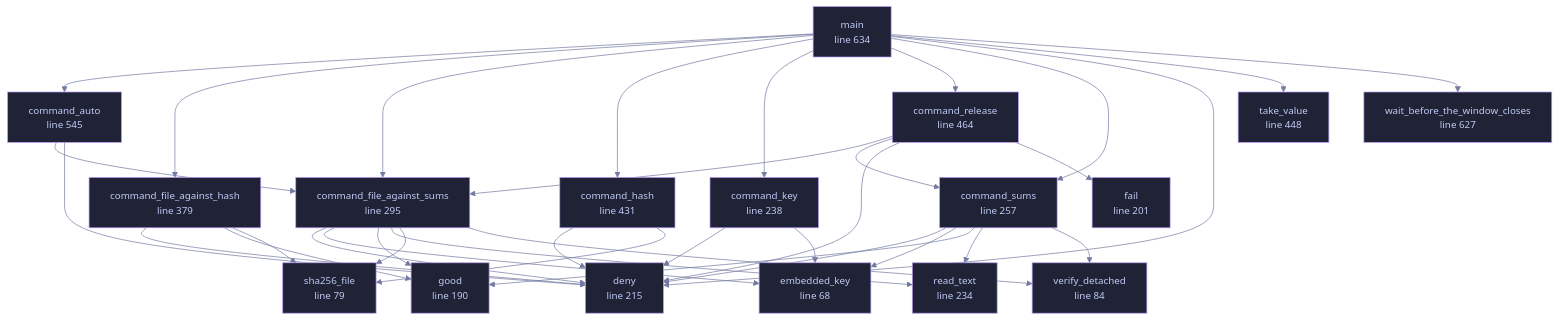
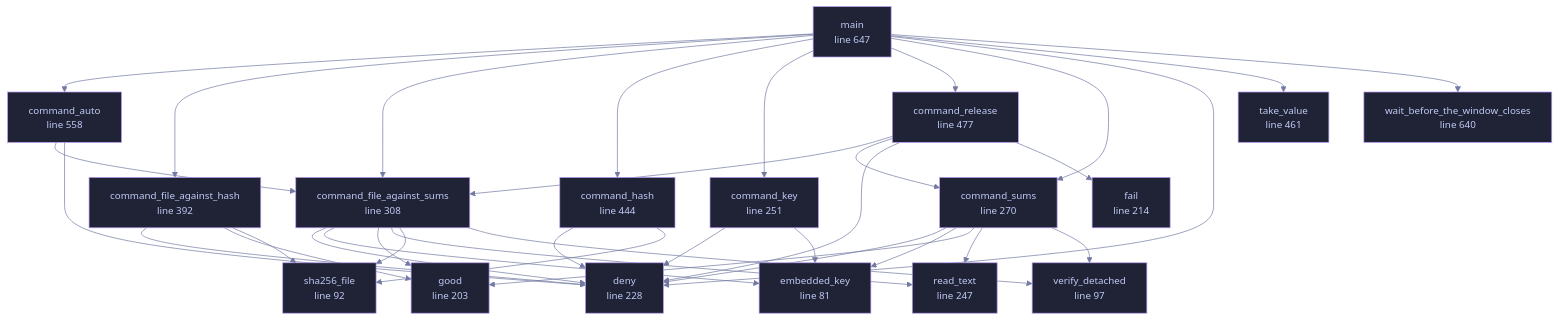
The diagram in docs/files/veilvoice-verify/main.md (tilas01/veilvoice), drawn with Mermaid before and after one commit. The commit also changed other lines of this file and 182 other files, not shown here.

````diff
--- a/docs/files/veilvoice-verify/main.md
+++ b/docs/files/veilvoice-verify/main.md
@@ -85,74 +99,74 @@
 ```mermaid
 %%{init: {"theme":"base","themeVariables":{"background":"#1a1b26","primaryColor":"#1f2335","primaryTextColor":"#c0caf5","primaryBorderColor":"#7aa2f7","secondaryColor":"#16161e","tertiaryColor":"#16161e","lineColor":"#737aa2","textColor":"#c0caf5","mainBkg":"#1f2335","nodeBorder":"#7aa2f7","clusterBkg":"#16161e","clusterBorder":"#2f3549","fontFamily":"ui-monospace, SFMono-Regular, Consolas, monospace","fontSize":"14px"}}}%%
 flowchart TD
-    n_embedded_key["embedded_key<br/>line 68"]
-    n_sha256_file["sha256_file<br/>line 79"]
-    n_verify_detached["verify_detached<br/>line 84"]
-    n_good["good<br/>line 190"]
-    n_fail["fail<br/>line 201"]
-    n_deny["deny<br/>line 215"]
-    n_read_text["read_text<br/>line 234"]
-    n_command_key["command_key<br/>line 238"]
-    n_command_sums["command_sums<br/>line 257"]
-    n_command_file_against_sums["command_file_against_sums<br/>line 295"]
-    n_command_file_against_hash["command_file_against_hash<br/>line 379"]
-    n_command_hash["command_hash<br/>line 431"]
-    n_take_value["take_value<br/>line 448"]
-    n_command_release["command_release<br/>line 464"]
-    n_command_auto["command_auto<br/>line 545"]
-    n_wait_before_the_window_closes["wait_before_the_window_closes<br/>line 627"]
-    n_main["main<br/>line 634"]
+    n_embedded_key["embedded_key<br/>line 81"]
+    n_sha256_file["sha256_file<br/>line 92"]
+    n_verify_detached["verify_detached<br/>line 97"]
+    n_good["good<br/>line 203"]
+    n_fail["fail<br/>line 214"]
+    n_deny["deny<br/>line 228"]
+    n_read_text["read_text<br/>line 247"]
+    n_command_key["command_key<br/>line 251"]
+    n_command_sums["command_sums<br/>line 270"]
+    n_command_file_against_sums["command_file_against_sums<br/>line 308"]
+    n_command_file_against_hash["command_file_against_hash<br/>line 392"]
+    n_command_hash["command_hash<br/>line 444"]
+    n_take_value["take_value<br/>line 461"]
+    n_command_release["command_release<br/>line 477"]
+    n_command_auto["command_auto<br/>line 558"]
+    n_wait_before_the_window_closes["wait_before_the_window_closes<br/>line 640"]
+    n_main["main<br/>line 647"]
     n_command_auto --> n_command_file_against_sums
     n_command_auto --> n_deny
     n_command_file_against_hash --> n_deny
     n_command_file_against_hash --> n_good
     n_command_file_against_hash --> n_sha256_file
     n_command_file_against_sums --> n_deny
     n_command_file_against_sums --> n_embedded_key
     n_command_file_against_sums --> n_good
     n_command_file_against_sums --> n_read_text
     n_command_file_against_sums --> n_sha256_file
     n_command_file_against_sums --> n_verify_detached
     n_command_hash --> n_deny
     n_command_hash --> n_sha256_file
     n_command_key --> n_deny
     n_command_key --> n_embedded_key
     n_command_release --> n_command_file_against_sums
     n_command_release --> n_command_sums
     n_command_release --> n_deny
     n_command_release --> n_fail
     n_command_sums --> n_deny
     n_command_sums --> n_embedded_key
     n_command_sums --> n_good
     n_command_sums --> n_read_text
     n_command_sums --> n_verify_detached
     n_main --> n_command_auto
     n_main --> n_command_file_against_hash
     n_main --> n_command_file_against_sums
     n_main --> n_command_hash
     n_main --> n_command_key
     n_main --> n_command_release
     n_main --> n_command_sums
     n_main --> n_deny
     n_main --> n_take_value
     n_main --> n_wait_before_the_window_closes
-    click n_embedded_key href "https://github.com/tilas01/veilvoice/blob/main/crates/veilvoice-verify/src/main.rs#L68" "open the source"
-    click n_sha256_file href "https://github.com/tilas01/veilvoice/blob/main/crates/veilvoice-verify/src/main.rs#L79" "open the source"
-    click n_verify_detached href "https://github.com/tilas01/veilvoice/blob/main/crates/veilvoice-verify/src/main.rs#L84" "open the source"
-    click n_good href "https://github.com/tilas01/veilvoice/blob/main/crates/veilvoice-verify/src/main.rs#L190" "open the source"
-    click n_fail href "https://github.com/tilas01/veilvoice/blob/main/crates/veilvoice-verify/src/main.rs#L201" "open the source"
-    click n_deny href "https://github.com/tilas01/veilvoice/blob/main/crates/veilvoice-verify/src/main.rs#L215" "open the source"
-    click n_read_text href "https://github.com/tilas01/veilvoice/blob/main/crates/veilvoice-verify/src/main.rs#L234" "open the source"
-    click n_command_key href "https://github.com/tilas01/veilvoice/blob/main/crates/veilvoice-verify/src/main.rs#L238" "open the source"
-    click n_command_sums href "https://github.com/tilas01/veilvoice/blob/main/crates/veilvoice-verify/src/main.rs#L257" "open the source"
-    click n_command_file_against_sums href "https://github.com/tilas01/veilvoice/blob/main/crates/veilvoice-verify/src/main.rs#L295" "open the source"
-    click n_command_file_against_hash href "https://github.com/tilas01/veilvoice/blob/main/crates/veilvoice-verify/src/main.rs#L379" "open the source"
-    click n_command_hash href "https://github.com/tilas01/veilvoice/blob/main/crates/veilvoice-verify/src/main.rs#L431" "open the source"
-    click n_take_value href "https://github.com/tilas01/veilvoice/blob/main/crates/veilvoice-verify/src/main.rs#L448" "open the source"
-    click n_command_release href "https://github.com/tilas01/veilvoice/blob/main/crates/veilvoice-verify/src/main.rs#L464" "open the source"
-    click n_command_auto href "https://github.com/tilas01/veilvoice/blob/main/crates/veilvoice-verify/src/main.rs#L545" "open the source"
-    click n_wait_before_the_window_closes href "https://github.com/tilas01/veilvoice/blob/main/crates/veilvoice-verify/src/main.rs#L627" "open the source"
-    click n_main href "https://github.com/tilas01/veilvoice/blob/main/crates/veilvoice-verify/src/main.rs#L634" "open the source"
+    click n_embedded_key href "https://github.com/tilas01/veilvoice/blob/main/crates/veilvoice-verify/src/main.rs#L81" "open the source"
+    click n_sha256_file href "https://github.com/tilas01/veilvoice/blob/main/crates/veilvoice-verify/src/main.rs#L92" "open the source"
+    click n_verify_detached href "https://github.com/tilas01/veilvoice/blob/main/crates/veilvoice-verify/src/main.rs#L97" "open the source"
+    click n_good href "https://github.com/tilas01/veilvoice/blob/main/crates/veilvoice-verify/src/main.rs#L203" "open the source"
+    click n_fail href "https://github.com/tilas01/veilvoice/blob/main/crates/veilvoice-verify/src/main.rs#L214" "open the source"
+    click n_deny href "https://github.com/tilas01/veilvoice/blob/main/crates/veilvoice-verify/src/main.rs#L228" "open the source"
+    click n_read_text href "https://github.com/tilas01/veilvoice/blob/main/crates/veilvoice-verify/src/main.rs#L247" "open the source"
+    click n_command_key href "https://github.com/tilas01/veilvoice/blob/main/crates/veilvoice-verify/src/main.rs#L251" "open the source"
+    click n_command_sums href "https://github.com/tilas01/veilvoice/blob/main/crates/veilvoice-verify/src/main.rs#L270" "open the source"
+    click n_command_file_against_sums href "https://github.com/tilas01/veilvoice/blob/main/crates/veilvoice-verify/src/main.rs#L308" "open the source"
+    click n_command_file_against_hash href "https://github.com/tilas01/veilvoice/blob/main/crates/veilvoice-verify/src/main.rs#L392" "open the source"
+    click n_command_hash href "https://github.com/tilas01/veilvoice/blob/main/crates/veilvoice-verify/src/main.rs#L444" "open the source"
+    click n_take_value href "https://github.com/tilas01/veilvoice/blob/main/crates/veilvoice-verify/src/main.rs#L461" "open the source"
+    click n_command_release href "https://github.com/tilas01/veilvoice/blob/main/crates/veilvoice-verify/src/main.rs#L477" "open the source"
+    click n_command_auto href "https://github.com/tilas01/veilvoice/blob/main/crates/veilvoice-verify/src/main.rs#L558" "open the source"
+    click n_wait_before_the_window_closes href "https://github.com/tilas01/veilvoice/blob/main/crates/veilvoice-verify/src/main.rs#L640" "open the source"
+    click n_main href "https://github.com/tilas01/veilvoice/blob/main/crates/veilvoice-verify/src/main.rs#L647" "open the source"
     classDef helper fill:#1f2335,stroke:#bb9af7,color:#c0caf5
     class n_embedded_key,n_sha256_file,n_verify_detached,n_good,n_fail,n_deny,n_read_text,n_command_key,n_command_sums,n_command_file_against_sums,n_command_file_against_hash,n_command_hash,n_take_value,n_command_release,n_command_auto,n_wait_before_the_window_closes,n_main helper
 ```
````
